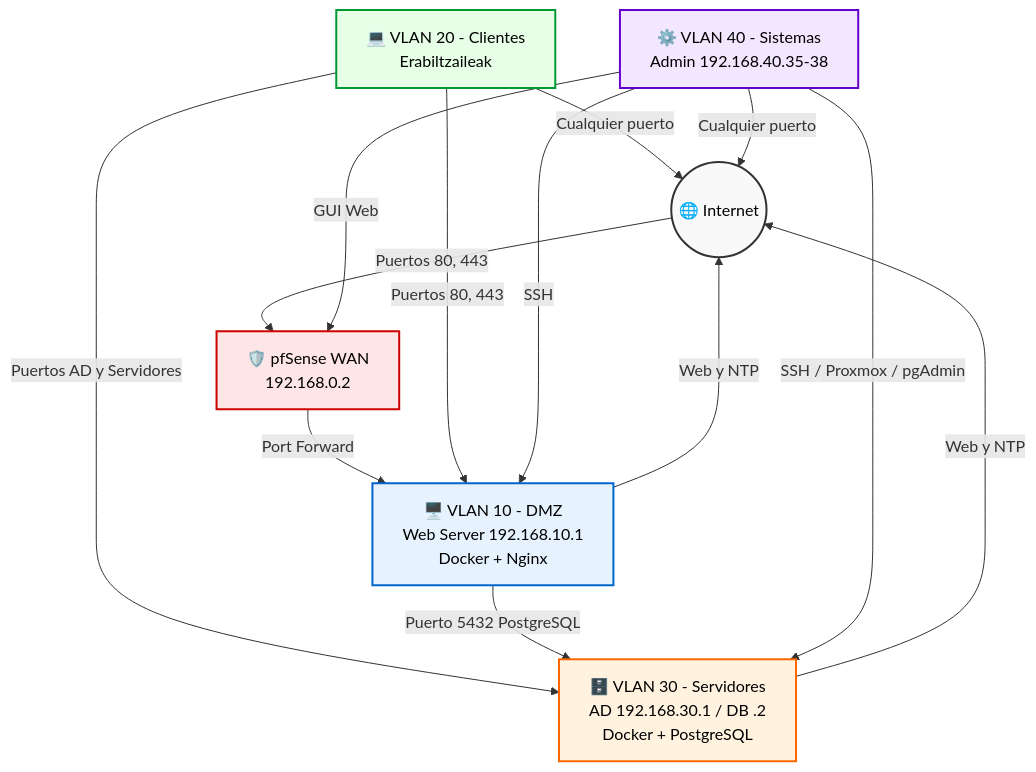
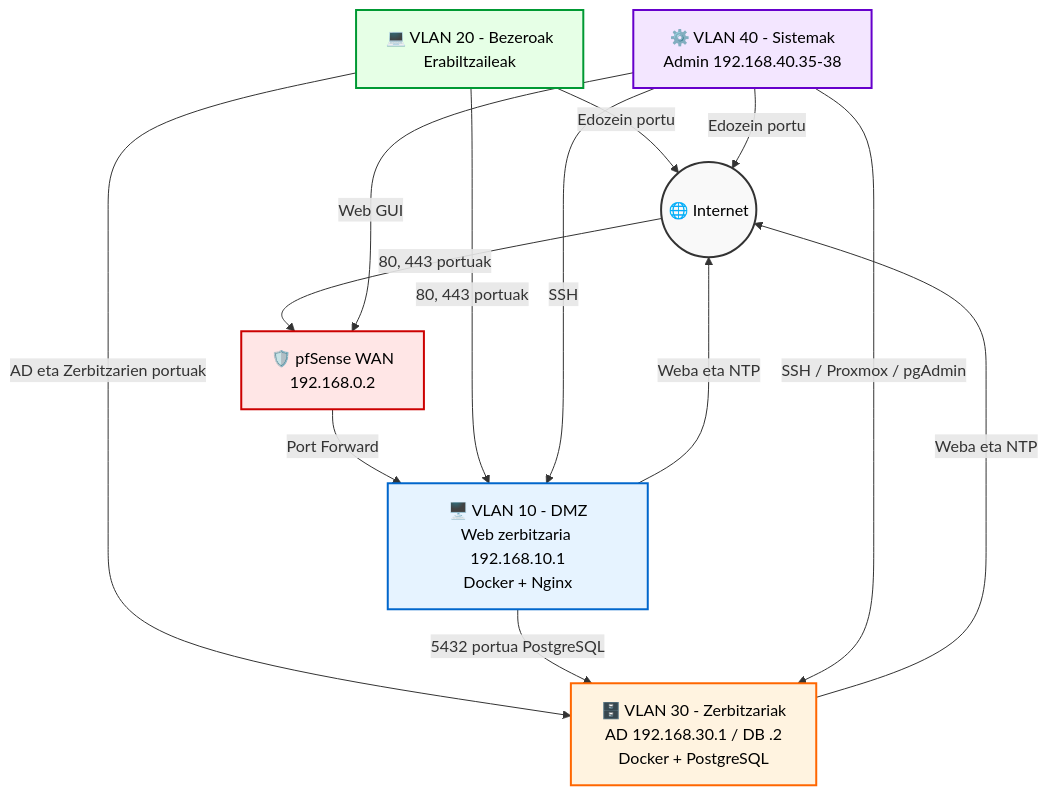
Before and after one commit to Ikerf9/1.ErronkaZiber: the diagram in readme.md, drawn with Mermaid. The commit also changed other lines of this file and 4 other files, not shown here.

````diff
--- a/readme.md
+++ b/readme.md
@@ -29,45 +29,45 @@
 ```mermaid
 flowchart TD
-    %% Definición de Nodos
+    %% Nodoen definizioa
     Internet((🌐 Internet))
     WAN[🛡️ pfSense WAN<br/>192.168.0.2]
-    DMZ[🖥️ VLAN 10 - DMZ<br/>Web Server 192.168.10.1<br/>Docker + Nginx]
-    CLI[💻 VLAN 20 - Clientes<br/>Erabiltzaileak]
-    SRV[🗄️ VLAN 30 - Servidores<br/>AD 192.168.30.1 / DB .2<br/>Docker + PostgreSQL]
-    SIS[⚙️ VLAN 40 - Sistemas<br/>Admin 192.168.40.35-38]
+    DMZ[🖥️ VLAN 10 - DMZ<br/>Web zerbitzaria 192.168.10.1<br/>Docker + Nginx]
+    CLI[💻 VLAN 20 - Bezeroak<br/>Erabiltzaileak]
+    SRV[🗄️ VLAN 30 - Zerbitzariak<br/>AD 192.168.30.1 / DB .2<br/>Docker + PostgreSQL]
+    SIS[⚙️ VLAN 40 - Sistemak<br/>Admin 192.168.40.35-38]
 
-    %% Flujos entrantes
-    Internet -->|Puertos 80, 443| WAN
+    %% Sarrerako fluxuak
+    Internet -->|80, 443 portuak| WAN
     WAN -->|Port Forward| DMZ
 
-    %% Flujos salientes a Internet
-    DMZ -->|Web y NTP| Internet
-    CLI -->|Cualquier puerto| Internet
-    SRV -->|Web y NTP| Internet
-    SIS -->|Cualquier puerto| Internet
+    %% Internetera irteerako fluxuak
+    DMZ -->|Weba eta NTP| Internet
+    CLI -->|Edozein portu| Internet
+    SRV -->|Weba eta NTP| Internet
+    SIS -->|Edozein portu| Internet
 
-    %% Flujos internos
-    CLI -->|Puertos 80, 443| DMZ
-    CLI -->|Puertos AD y Servidores| SRV
-    DMZ -->|Puerto 5432 PostgreSQL| SRV
+    %% Barne-fluxuak
+    CLI -->|80, 443 portuak| DMZ
+    CLI -->|AD eta Zerbitzarien portuak| SRV
+    DMZ -->|5432 portua PostgreSQL| SRV
 
-    %% Flujos de Administración
+    %% Administrazio-fluxuak
     SIS -->|SSH / Proxmox / pgAdmin| SRV
     SIS -->|SSH| DMZ
-    SIS -->|GUI Web| WAN
+    SIS -->|Web GUI| WAN
 
-    %% Estilos (Colores)
+    %% Estiloak (koloreak)
     classDef internet fill:#f9f9f9,stroke:#333,stroke-width:2px,color:#000;
     classDef firewall fill:#ffe6e6,stroke:#cc0000,stroke-width:2px,color:#000;
     classDef dmz fill:#e6f3ff,stroke:#0066cc,stroke-width:2px,color:#000;
     classDef clientes fill:#e6ffe6,stroke:#009933,stroke-width:2px,color:#000;
     classDef servidores fill:#fff3e0,stroke:#ff6600,stroke-width:2px,color:#000;
     classDef sistemas fill:#f3e6ff,stroke:#6600cc,stroke-width:2px,color:#000;
 
     class Internet internet;
     class WAN firewall;
     class DMZ dmz;
     class CLI clientes;
     class SRV servidores;
     class SIS sistemas;
 ```
````
